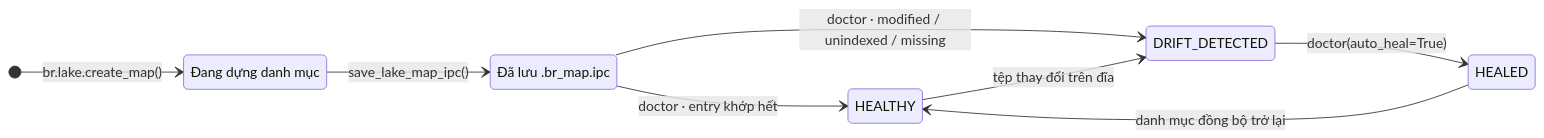
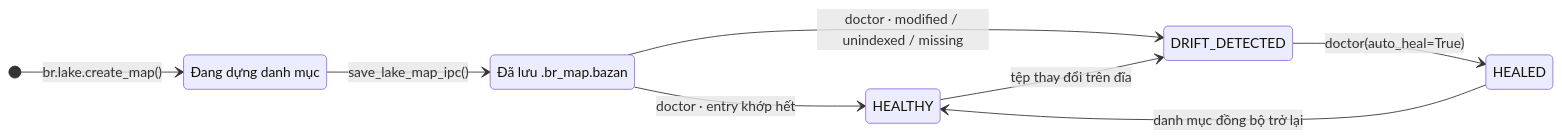
One commit to VanDung-dev/basaltic-red changed the diagram in docs/vi/architecture/lake-map.md. Above: the diagram before and after it, drawn with Mermaid. The commit also changed other lines of this file and 20 other files, not shown here.

First line of the commit message:
docs: update references from `.br_map.ipc` to `.br_map.bazan` format across documentation

````diff
--- a/docs/vi/architecture/lake-map.md
+++ b/docs/vi/architecture/lake-map.md
@@ -15,17 +15,17 @@
 ```mermaid
 stateDiagram-v2
     direction LR
     state "Đang dựng danh mục" as Building
-    state "Đã lưu .br_map.ipc" as Saved
+    state "Đã lưu .br_map.bazan" as Saved
     state "HEALTHY" as Healthy
     state "DRIFT_DETECTED" as Drift
     state "HEALED" as Healed
 
     [*] --> Building: br.lake.create_map()
     Building --> Saved: save_lake_map_ipc()
     Saved --> Healthy: doctor · entry khớp hết
     Saved --> Drift: doctor · modified / unindexed / missing
     Healthy --> Drift: tệp thay đổi trên đĩa
     Drift --> Healed: doctor(auto_heal=True)
     Healed --> Healthy: danh mục đồng bộ trở lại
 ```
````
